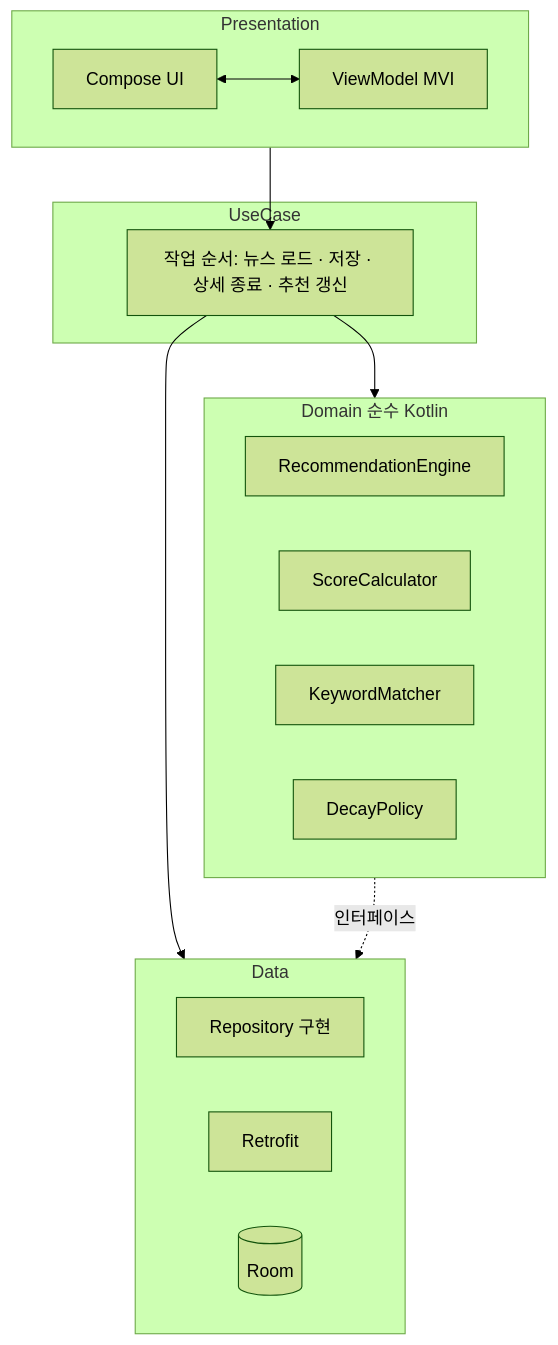
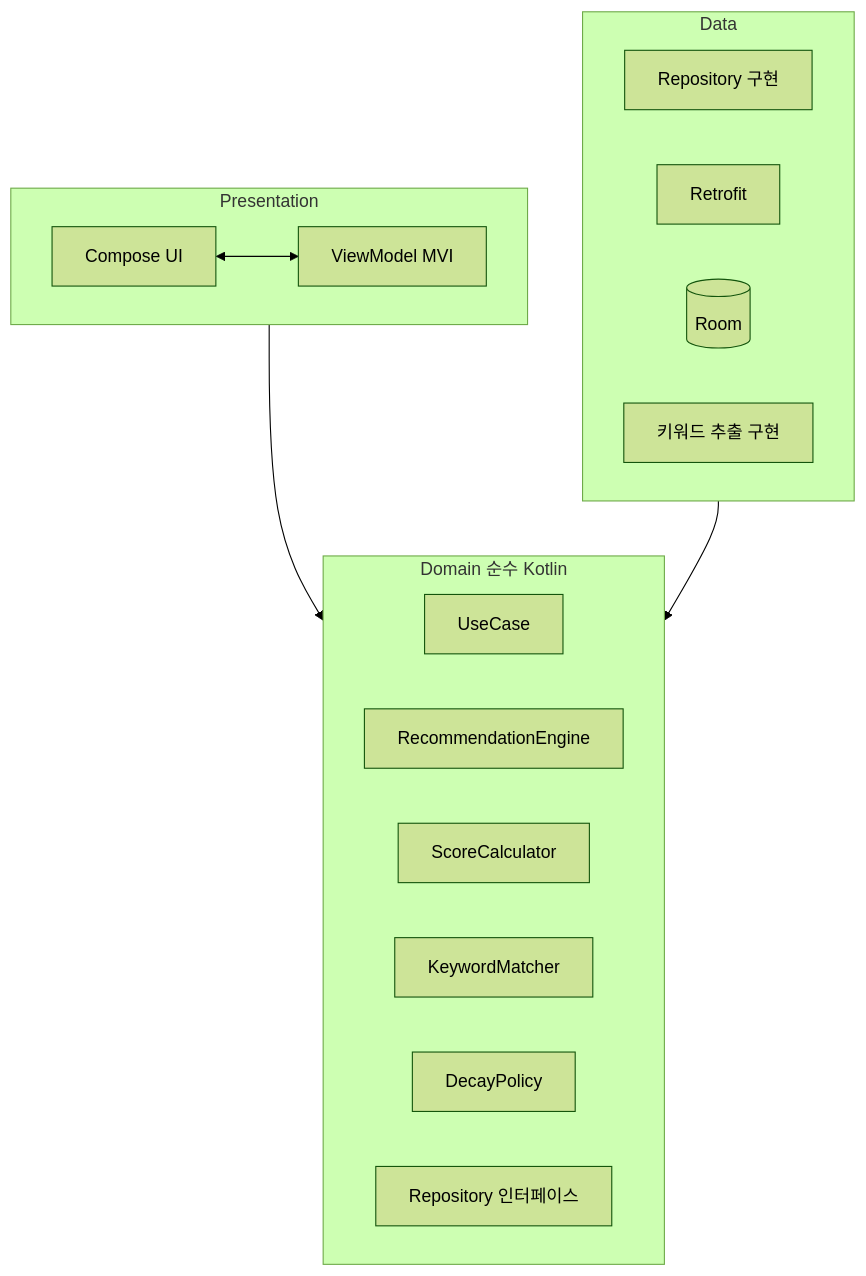
One commit to f-lab-edu/smart_news_dj changed the first of 2 diagrams in README.md. Above: the diagram before and after it, drawn with Mermaid (forest theme). The commit also changed other lines of this file and 11 other files, not shown here.

````diff
--- a/README.md
+++ b/README.md
@@ -105,30 +106,27 @@
 ```mermaid
 flowchart TB
   subgraph pres [Presentation]
     UI[Compose UI]
     VM[ViewModel MVI]
     UI <--> VM
   end
 
-  subgraph app [UseCase]
-    UC["작업 순서: 뉴스 로드 · 저장 · 상세 종료 · 추천 갱신"]
-  end
-
   subgraph dom [Domain 순수 Kotlin]
+    UC[UseCase]
     RE[RecommendationEngine]
     SC[ScoreCalculator]
     KM[KeywordMatcher]
     DP[DecayPolicy]
+    RepoIF["Repository 인터페이스"]
   end
 
   subgraph data [Data]
-    R[Repository 구현]
+    RepoImpl[Repository 구현]
     API[Retrofit]
     DB[(Room)]
+    KWImpl[키워드 추출 구현]
   end
 
-  pres --> UC
-  UC --> dom
-  UC --> data
-  dom -.->|인터페이스| data
+  pres --> dom
+  data --> dom
 ```
````
